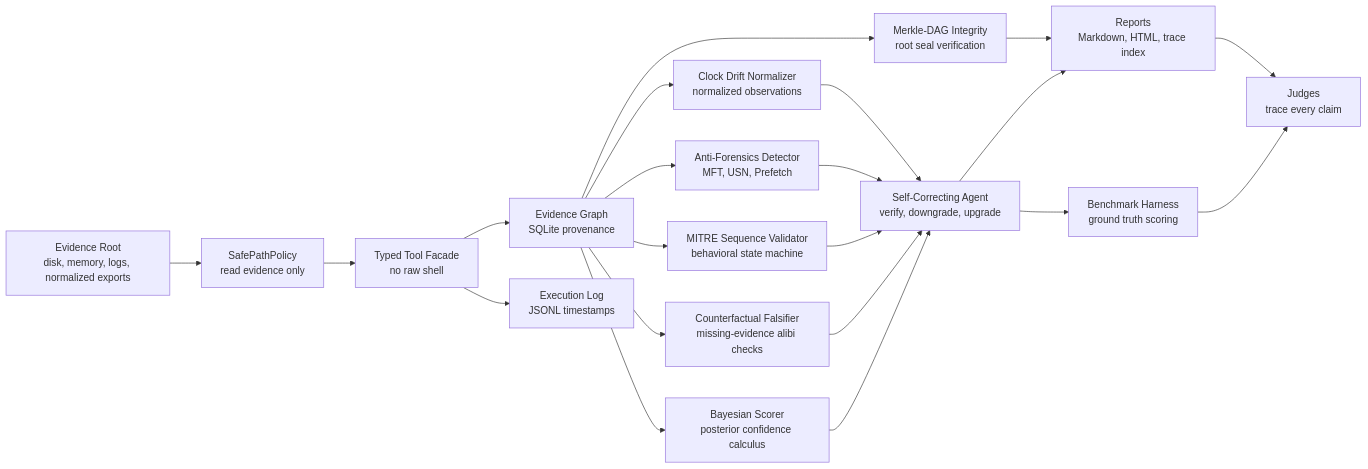
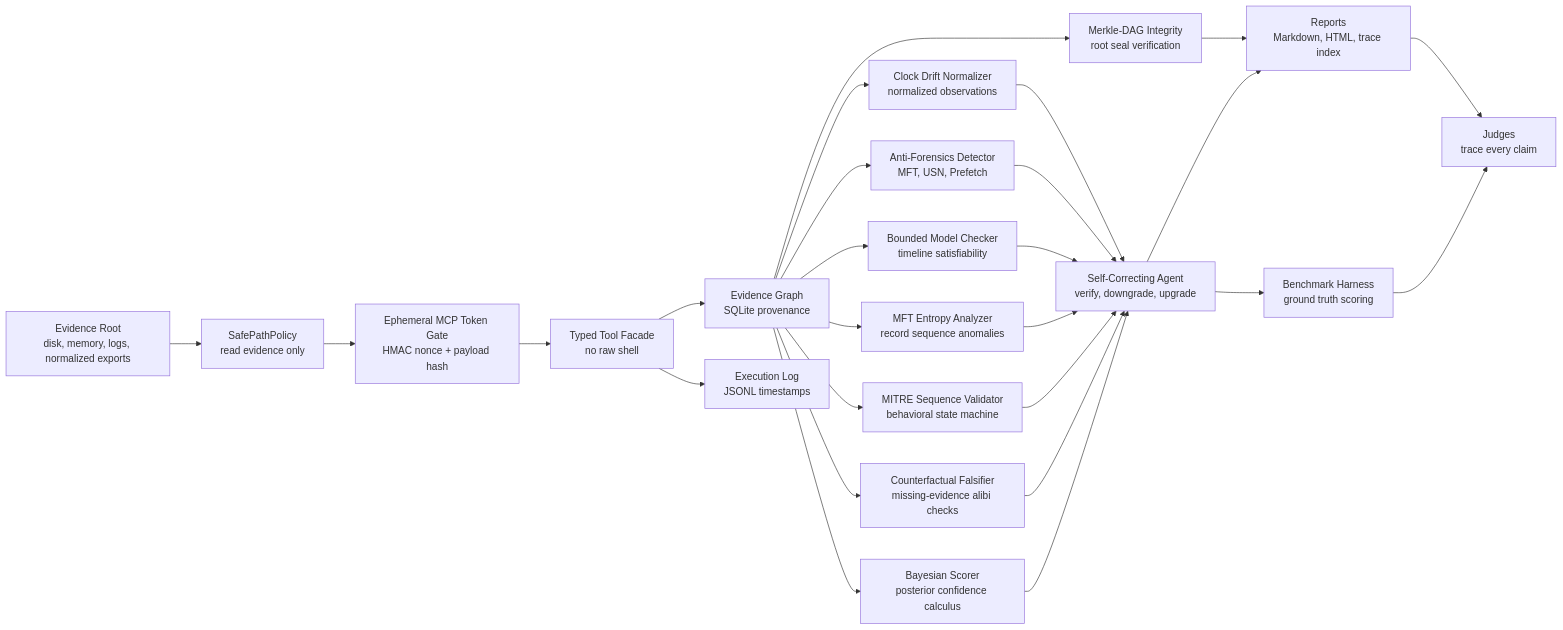
One commit to sleader3221-dot/ProofSIFT changed the diagram in docs/architecture.md. Above: the diagram before and after it, drawn with Mermaid. The commit also changed other lines of this file and 26 other files, not shown here.

Commit message:
Add formal timeline verification layers

````diff
--- a/docs/architecture.md
+++ b/docs/architecture.md
@@ -5,23 +5,28 @@
 ```mermaid
 flowchart LR
   Evidence["Evidence Root<br/>disk, memory, logs, normalized exports"] --> Policy["SafePathPolicy<br/>read evidence only"]
-  Policy --> Tools["Typed Tool Facade<br/>no raw shell"]
+  Policy --> Auth["Ephemeral MCP Token Gate<br/>HMAC nonce + payload hash"]
+  Auth --> Tools["Typed Tool Facade<br/>no raw shell"]
   Tools --> Graph["Evidence Graph<br/>SQLite provenance"]
   Graph --> Drift["Clock Drift Normalizer<br/>normalized observations"]
   Graph --> Anti["Anti-Forensics Detector<br/>MFT, USN, Prefetch"]
+  Graph --> BMC["Bounded Model Checker<br/>timeline satisfiability"]
+  Graph --> Entropy["MFT Entropy Analyzer<br/>record sequence anomalies"]
   Graph --> Mitre["MITRE Sequence Validator<br/>behavioral state machine"]
   Graph --> Counter["Counterfactual Falsifier<br/>missing-evidence alibi checks"]
   Graph --> Bayes["Bayesian Scorer<br/>posterior confidence calculus"]
   Graph --> Merkle["Merkle-DAG Integrity<br/>root seal verification"]
   Tools --> Audit["Execution Log<br/>JSONL timestamps"]
   Drift --> Agent["Self-Correcting Agent<br/>verify, downgrade, upgrade"]
   Anti --> Agent
+  BMC --> Agent
+  Entropy --> Agent
   Mitre --> Agent
   Counter --> Agent
   Bayes --> Agent
   Merkle --> Reports
   Agent --> Reports["Reports<br/>Markdown, HTML, trace index"]
   Agent --> Bench["Benchmark Harness<br/>ground truth scoring"]
   Reports --> Judges["Judges<br/>trace every claim"]
   Bench --> Judges
 ```
````
